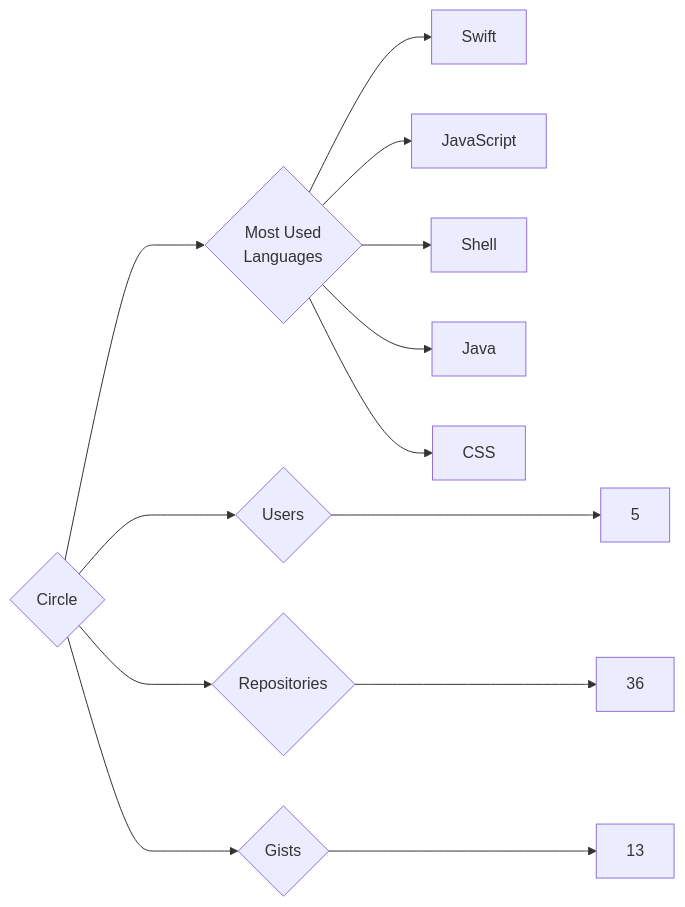
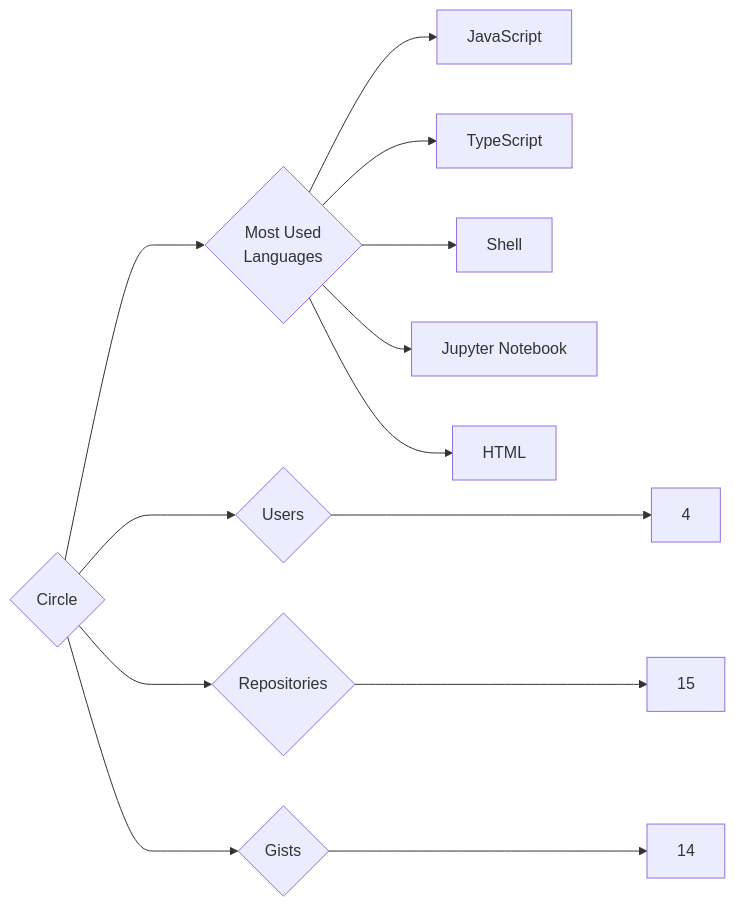
The diagram in targets/Circle/README.md (trickest/insiders), drawn with Mermaid before and after one commit. The commit also changed 1238 other files, not shown here.

````diff
--- a/targets/Circle/README.md
+++ b/targets/Circle/README.md
@@ -3,13 +3,13 @@
 ```mermaid
 graph LR
 COMPANY_NAME{Circle}
-COMPANY_NAME ---> U{Users} ---> UN[5]
-COMPANY_NAME ---> R{Repositories} ---> RN[36]
-COMPANY_NAME ---> G{Gists} ---> GN[13]
+COMPANY_NAME ---> U{Users} ---> UN[4]
+COMPANY_NAME ---> R{Repositories} ---> RN[15]
+COMPANY_NAME ---> G{Gists} ---> GN[14]
 COMPANY_NAME ---> ML{Most Used<br>Languages}
-ML --> Swift[Swift]
 ML --> JavaScript[JavaScript]
+ML --> TypeScript[TypeScript]
 ML --> Shell[Shell]
-ML --> Java[Java]
-ML --> CSS[CSS]
+ML --> Jupyter_Notebook[Jupyter Notebook]
+ML --> HTML[HTML]
 ```
````
